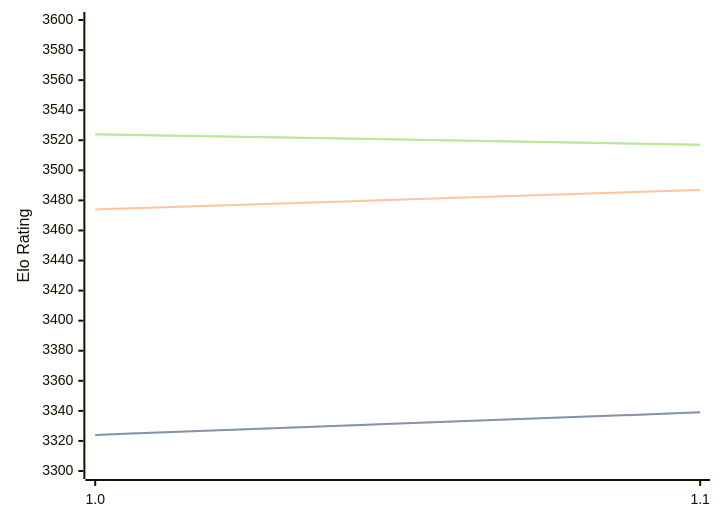
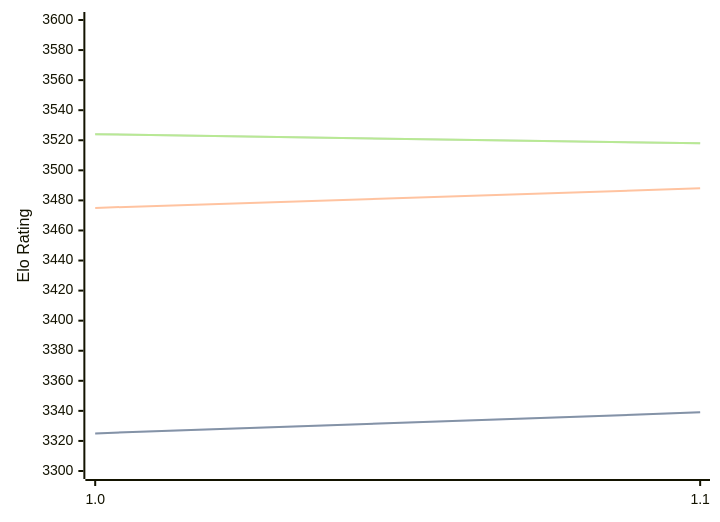
Before and after one commit to computer-chess-index/cci: the third of 3 diagrams in engines/Horsie.md, drawn with Mermaid. The commit also changed other lines of this file, not shown here.

Commit message:
Update CCI Ratings (ELO VLTC) - 2026-07-12

````diff
--- a/engines/Horsie.md
+++ b/engines/Horsie.md
@@ -65,11 +65,11 @@
 ```mermaid
 %%{init: {"theme":"base","themeVariables":{"seriesColors:['#a3a3a3','#222221','#faa371']}}}%%
 xychart-beta
   x-axis ["1.0", "1.1"]
   y-axis "Elo Rating" 3300 --> 3600
-  line "STC (8.0+0.08s)" [3324, 3339]
-  line "STC (8.0+0.08s)" [3324, 3339]
-  line "LTC (60.0+0.60s)" [3474, 3487]
-  line "VLTC (2m24s+1.12s)" [3524, 3517]
-  line "VLTC (2m24s+1.12s)" [3524, 3517]
+  line "STC (8.0+0.08s)" [3325, 3339]
+  line "STC (8.0+0.08s)" [3325, 3339]
+  line "LTC (60.0+0.60s)" [3475, 3488]
+  line "VLTC (2m24s+1.12s)" [3524, 3518]
+  line "VLTC (2m24s+1.12s)" [3524, 3518]
 ```
````
